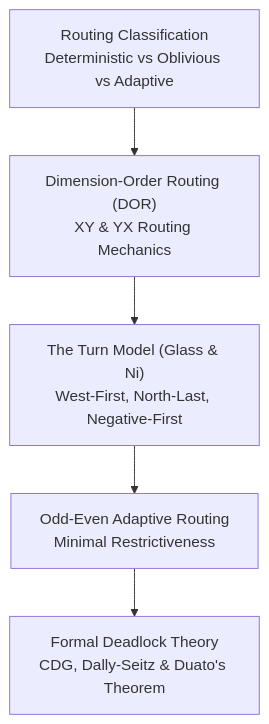
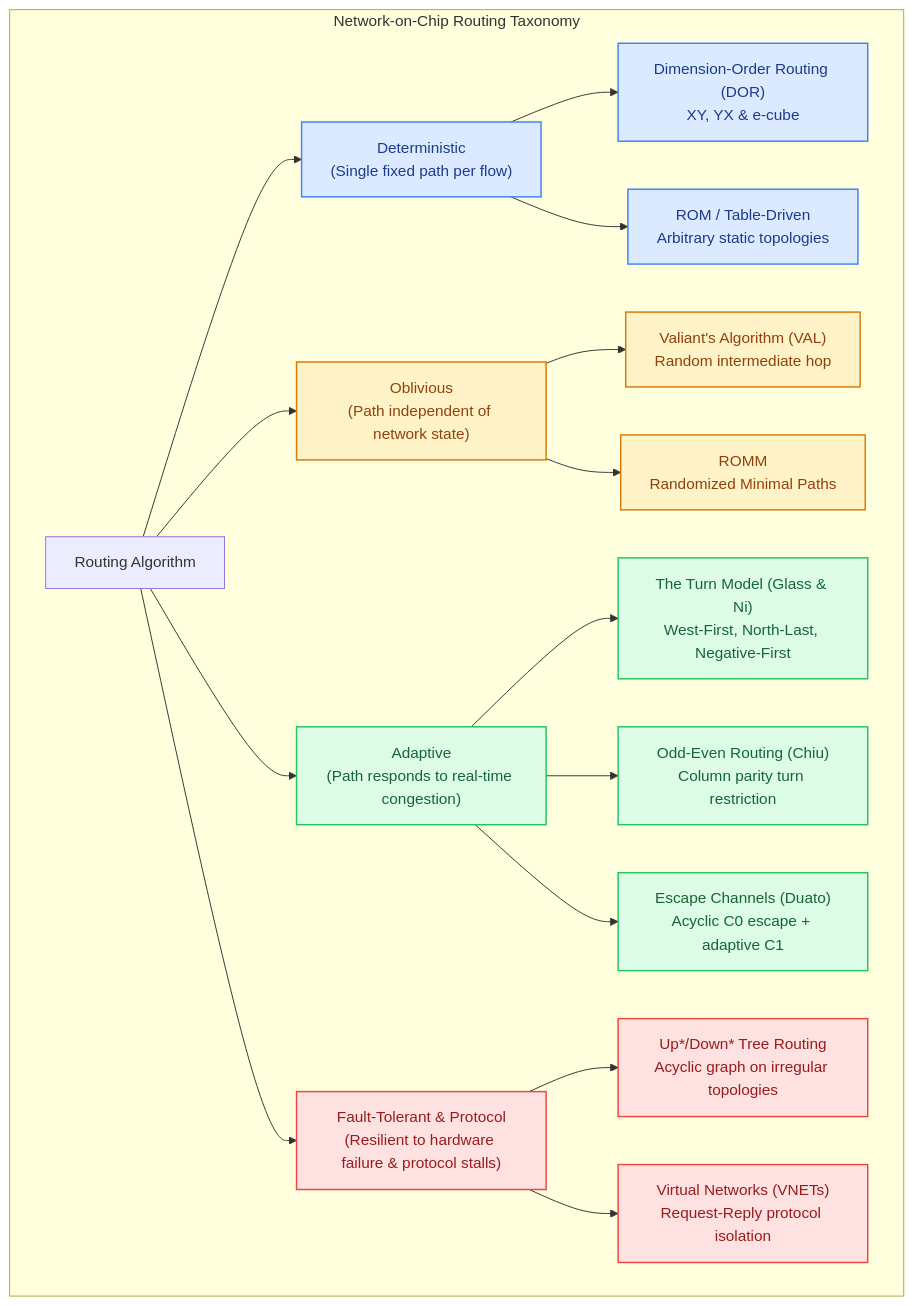
Before and after one commit to network-on-chip/learning: the diagram in docs/track4-routing-deadlock/index.md, drawn with Mermaid. The commit also changed other lines of this file and 7 other files, not shown here.

Commit message:
Upgrade Track 4: Routing & Deadlock Avoidance with 4 lessons, 4 interactive simulators, synthesizable lookahead Verilog RTL, and Duato escape channel theory

````diff
--- a/docs/track4-routing-deadlock/index.md
+++ b/docs/track4-routing-deadlock/index.md
@@ -9,7 +23,32 @@
 ```mermaid
 graph TD
-  A["Routing Classification<br/>Deterministic vs Oblivious vs Adaptive"] --> B["Dimension-Order Routing (DOR)<br/>XY & YX Routing Mechanics"]
-  B --> C["The Turn Model (Glass & Ni)<br/>West-First, North-Last, Negative-First"]
-  C --> D["Odd-Even Adaptive Routing<br/>Minimal Restrictiveness"]
-  D --> E["Formal Deadlock Theory<br/>CDG, Dally-Seitz & Duato's Theorem"]
+  subgraph Routing_Taxonomy ["Network-on-Chip Routing Taxonomy"]
+    Root["Routing Algorithm"] --> Det["Deterministic<br/>(Single fixed path per flow)"]
+    Root --> Obl["Oblivious<br/>(Path independent of network state)"]
+    Root --> Adapt["Adaptive<br/>(Path responds to real-time congestion)"]
+    Root --> Fault["Fault-Tolerant & Protocol<br/>(Resilient to hardware failure & protocol stalls)"]
+
+    Det --> DOR["Dimension-Order Routing (DOR)<br/>XY, YX & e-cube"]
+    Det --> Lookup["ROM / Table-Driven<br/>Arbitrary static topologies"]
+
+    Obl --> VAL["Valiant's Algorithm (VAL)<br/>Random intermediate hop"]
+    Obl --> ROMM["ROMM<br/>Randomized Minimal Paths"]
+
+    Adapt --> TurnModel["The Turn Model (Glass & Ni)<br/>West-First, North-Last, Negative-First"]
+    Adapt --> OddEven["Odd-Even Routing (Chiu)<br/>Column parity turn restriction"]
+    Adapt --> Duato["Escape Channels (Duato)<br/>Acyclic C0 escape + adaptive C1"]
+
+    Fault --> UpDown["Up*/Down* Tree Routing<br/>Acyclic graph on irregular topologies"]
+    Fault --> VNETs["Virtual Networks (VNETs)<br/>Request-Reply protocol isolation"]
+  end
+
+  classDef detStyle fill:#dbeafe,stroke:#3b82f6,stroke-width:1.5px,color:#1e3a8a;
+  classDef oblStyle fill:#fef3c7,stroke:#d97706,stroke-width:1.5px,color:#92400e;
+  classDef adaptStyle fill:#dcfce7,stroke:#22c55e,stroke-width:1.5px,color:#166534;
+  classDef faultStyle fill:#fee2e2,stroke:#ef4444,stroke-width:1.5px,color:#991b1b;
+
+  class Det,DOR,Lookup detStyle;
+  class Obl,VAL,ROMM oblStyle;
+  class Adapt,TurnModel,OddEven,Duato adaptStyle;
+  class Fault,UpDown,VNETs faultStyle;
 ```
````
